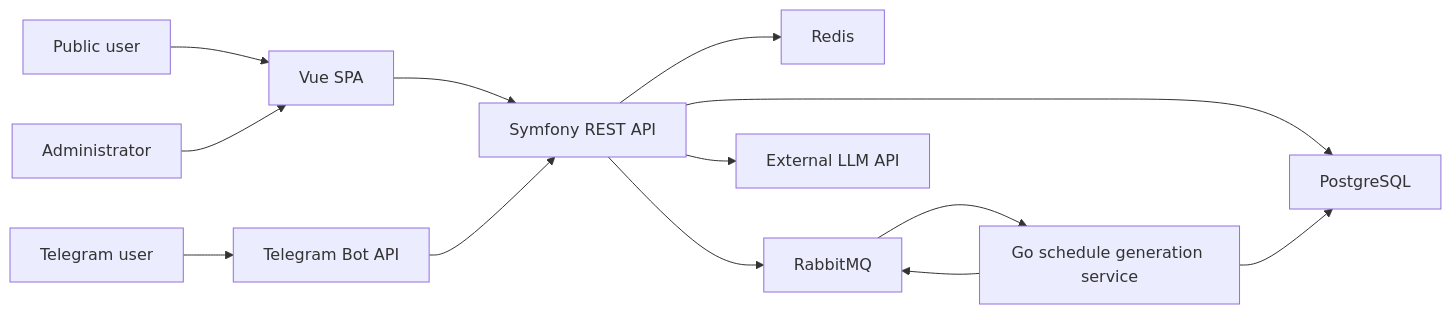
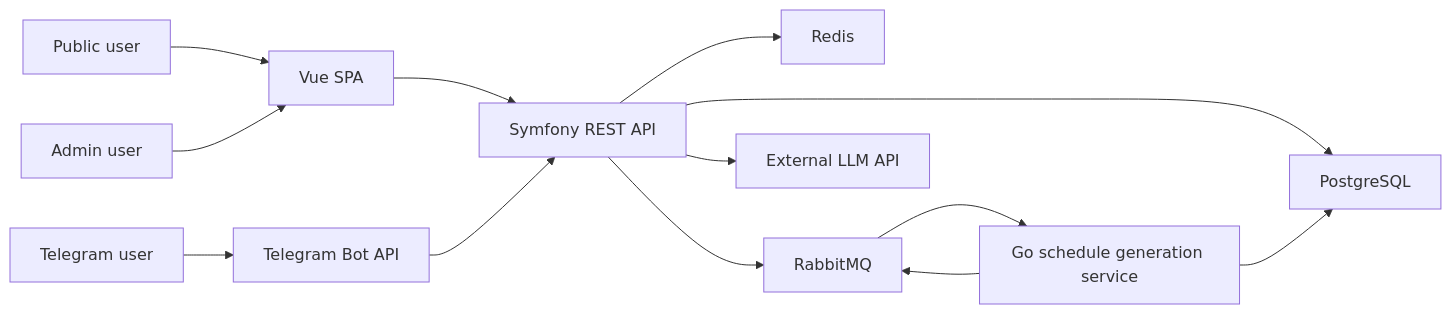
The diagram in docs/02-architecture.md (vkarchevskyi/university-schedule), drawn with Mermaid before and after one commit. The commit also changed other lines of this file and 4 other files, not shown here.

````diff
--- a/docs/02-architecture.md
+++ b/docs/02-architecture.md
@@ -5,18 +5,18 @@
 ```mermaid
 flowchart LR
   PublicUser["Public user"] --> Frontend["Vue SPA"]
-  Admin["Administrator"] --> Frontend
+  Admin["Admin user"] --> Frontend
   TelegramUser["Telegram user"] --> Telegram["Telegram Bot API"]
 
   Frontend --> Api["Symfony REST API"]
   Telegram --> Api
 
   Api --> Postgres["PostgreSQL"]
   Api --> Redis["Redis"]
   Api --> RabbitMQ["RabbitMQ"]
   Api --> LLM["External LLM API"]
 
   RabbitMQ --> Generator["Go schedule generation service"]
   Generator --> Postgres
   Generator --> RabbitMQ
 ```
````
